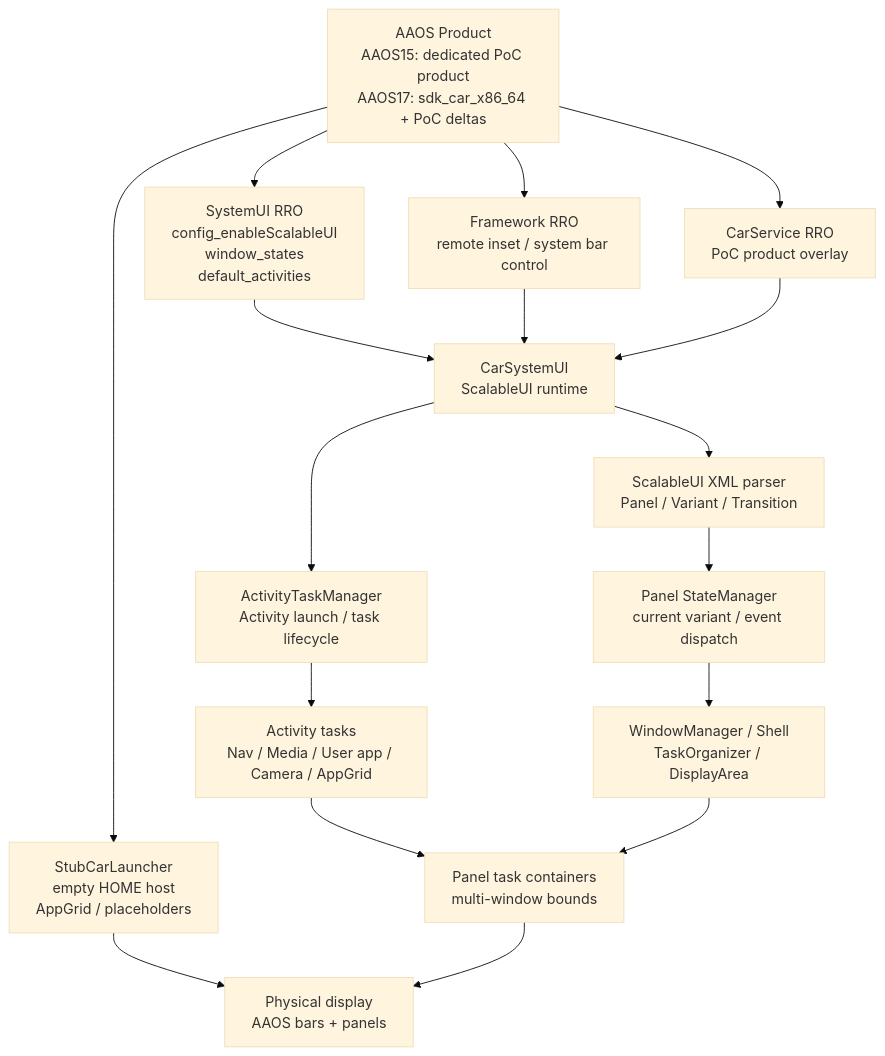
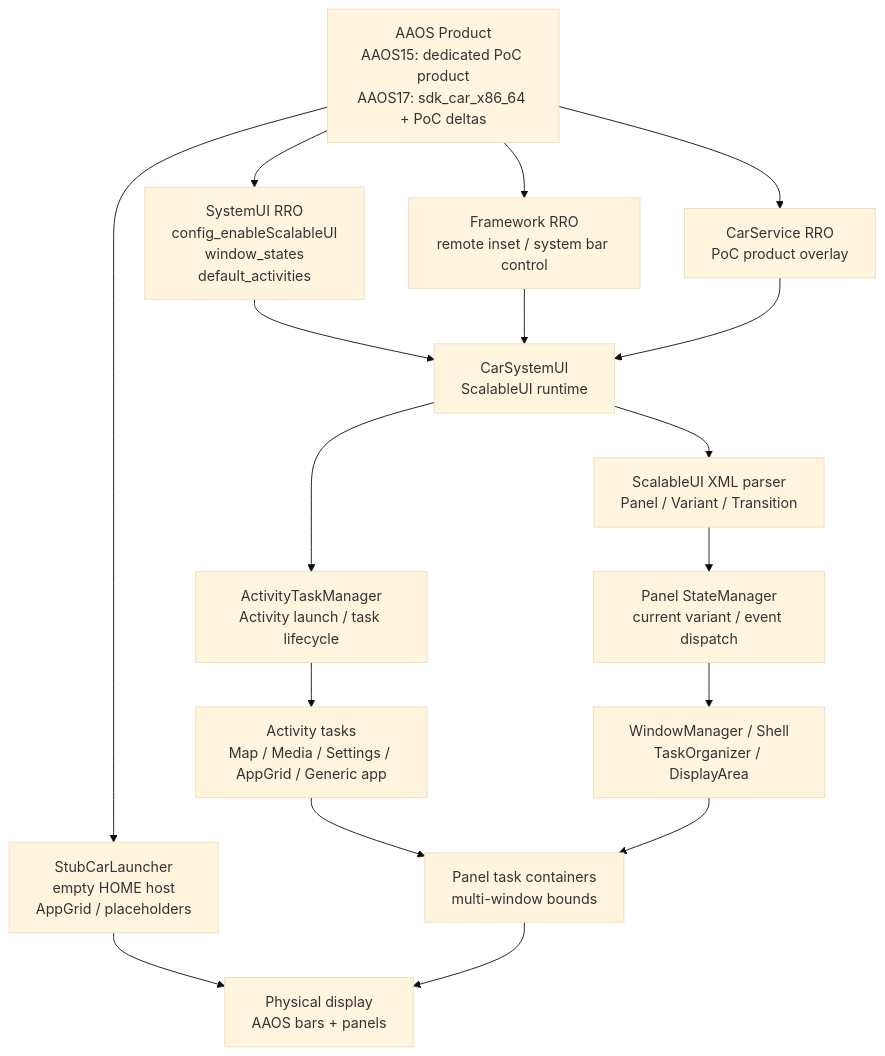
The first of 7 diagrams in docs/scalableui_window_manager_flow_ja.md (Nyma-fuk/scalableui-poc), drawn with Mermaid (base theme) before and after one commit. The commit also changed other lines of this file and 49 other files, not shown here.

````diff
--- a/docs/scalableui_window_manager_flow_ja.md
+++ b/docs/scalableui_window_manager_flow_ja.md
@@ -11,33 +13,33 @@
 ```mermaid
 flowchart TB
     Product[AAOS Product<br/>AAOS15: dedicated PoC product<br/>AAOS17: sdk_car_x86_64 + PoC deltas]
     FrameworkRRO[Framework RRO<br/>remote inset / system bar control]
     CarServiceRRO[CarService RRO<br/>PoC product overlay]
     SystemUIRRO[SystemUI RRO<br/>config_enableScalableUI<br/>window_states<br/>default_activities]
     StubLauncher[StubCarLauncher<br/>empty HOME host<br/>AppGrid / placeholders]
     CarSystemUI[CarSystemUI<br/>ScalableUI runtime]
     Parser[ScalableUI XML parser<br/>Panel / Variant / Transition]
     StateManager[Panel StateManager<br/>current variant / event dispatch]
     WM[WindowManager / Shell<br/>TaskOrganizer / DisplayArea]
     ATM[ActivityTaskManager<br/>Activity launch / task lifecycle]
     PanelTasks[Panel task containers<br/>multi-window bounds]
-    Apps[Activity tasks<br/>Nav / Media / User app / Camera / AppGrid]
+    Apps[Activity tasks<br/>Map / Media / Settings / AppGrid / Generic app]
     Display[Physical display<br/>AAOS bars + panels]
 
     Product --> FrameworkRRO
     Product --> CarServiceRRO
     Product --> SystemUIRRO
     Product --> StubLauncher
     SystemUIRRO --> CarSystemUI
     FrameworkRRO --> CarSystemUI
     CarServiceRRO --> CarSystemUI
     StubLauncher --> Display
     CarSystemUI --> Parser
     Parser --> StateManager
     StateManager --> WM
     CarSystemUI --> ATM
     ATM --> Apps
     Apps --> PanelTasks
     WM --> PanelTasks
     PanelTasks --> Display
 ```
````
